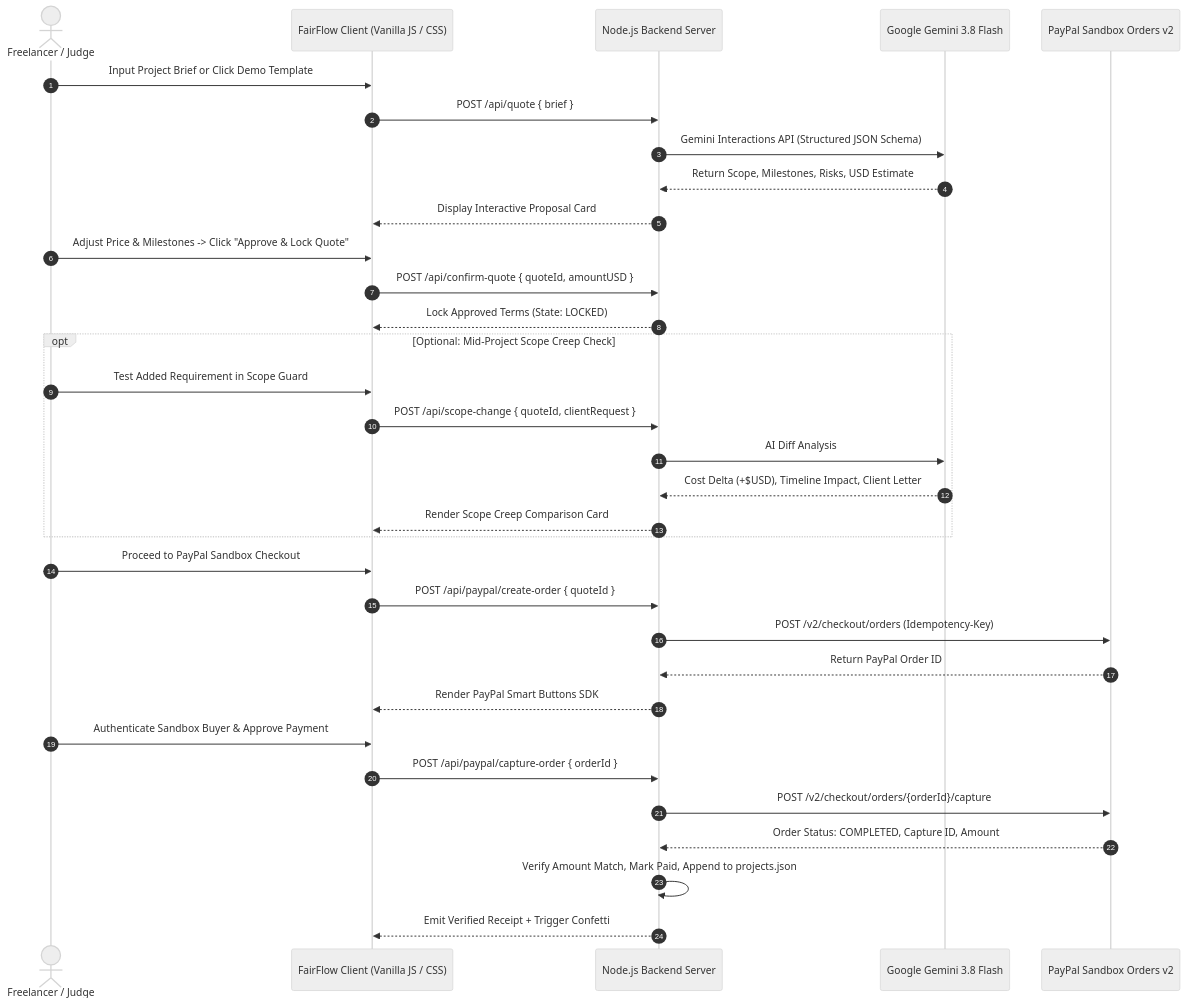
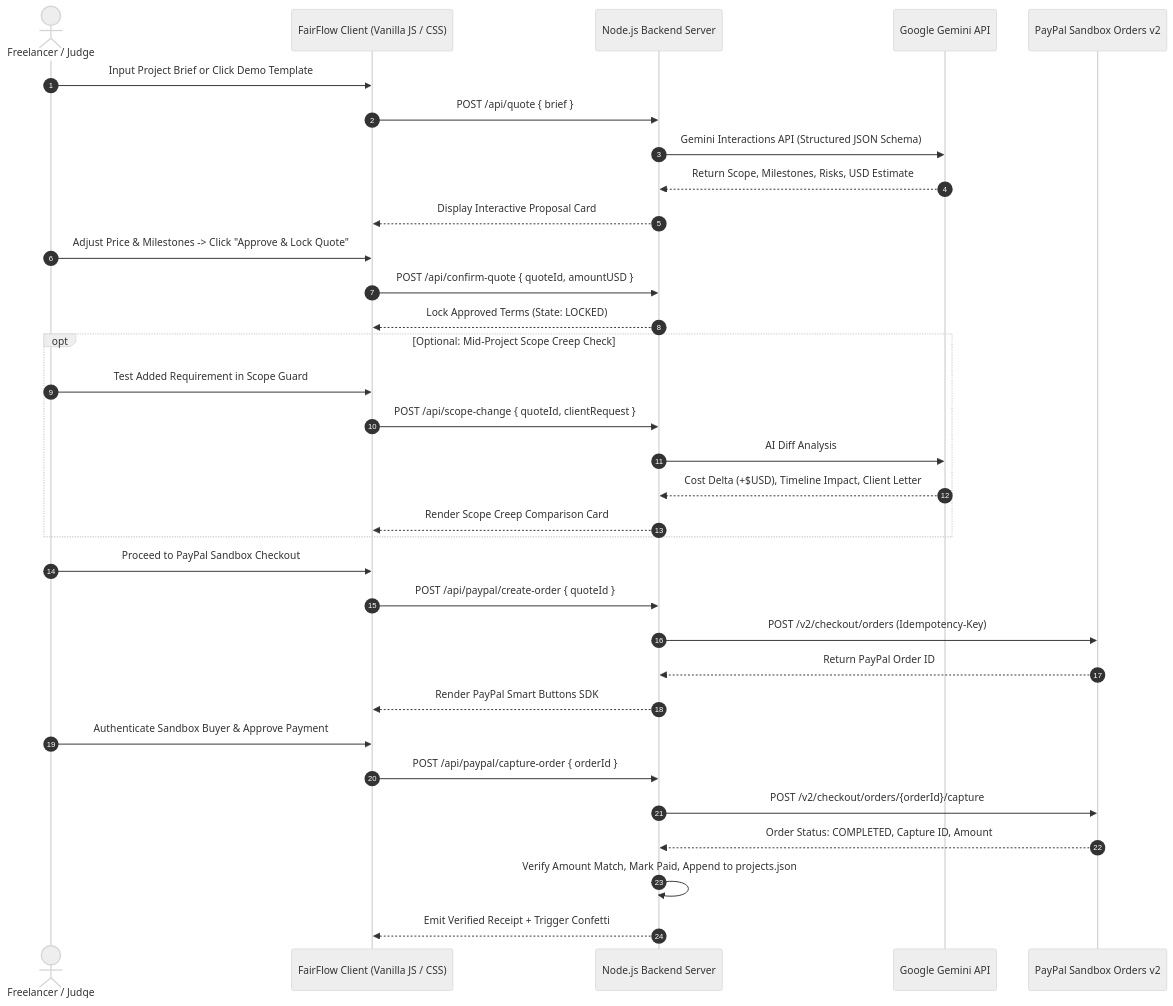
One commit to keerthiprakash18/fairflow-ai changed the diagram in README.md. Above: the diagram before and after it, drawn with Mermaid (neutral theme). The commit also changed other lines of this file and 4 other files, not shown here.

````diff
--- a/README.md
+++ b/README.md
@@ -79,38 +79,38 @@
 ```mermaid
 sequenceDiagram
     autonumber
     actor F as Freelancer / Judge
     participant UI as FairFlow Client (Vanilla JS / CSS)
     participant S as Node.js Backend Server
-    participant G as Google Gemini 3.8 Flash
+    participant G as Google Gemini API
     participant PP as PayPal Sandbox Orders v2
 
     F->>UI: Input Project Brief or Click Demo Template
     UI->>S: POST /api/quote { brief }
     S->>G: Gemini Interactions API (Structured JSON Schema)
     G-->>S: Return Scope, Milestones, Risks, USD Estimate
     S-->>UI: Display Interactive Proposal Card
     F->>UI: Adjust Price & Milestones -> Click "Approve & Lock Quote"
     UI->>S: POST /api/confirm-quote { quoteId, amountUSD }
     S-->>UI: Lock Approved Terms (State: LOCKED)
 
     opt Optional: Mid-Project Scope Creep Check
         F->>UI: Test Added Requirement in Scope Guard
         UI->>S: POST /api/scope-change { quoteId, clientRequest }
         S->>G: AI Diff Analysis
         G-->>S: Cost Delta (+$USD), Timeline Impact, Client Letter
         S-->>UI: Render Scope Creep Comparison Card
     end
 
     F->>UI: Proceed to PayPal Sandbox Checkout
     UI->>S: POST /api/paypal/create-order { quoteId }
     S->>PP: POST /v2/checkout/orders (Idempotency-Key)
     PP-->>S: Return PayPal Order ID
     S-->>UI: Render PayPal Smart Buttons SDK
     F->>UI: Authenticate Sandbox Buyer & Approve Payment
     UI->>S: POST /api/paypal/capture-order { orderId }
     S->>PP: POST /v2/checkout/orders/{orderId}/capture
     PP-->>S: Order Status: COMPLETED, Capture ID, Amount
     S->>S: Verify Amount Match, Mark Paid, Append to projects.json
     S-->>UI: Emit Verified Receipt + Trigger Confetti
 ```
````
